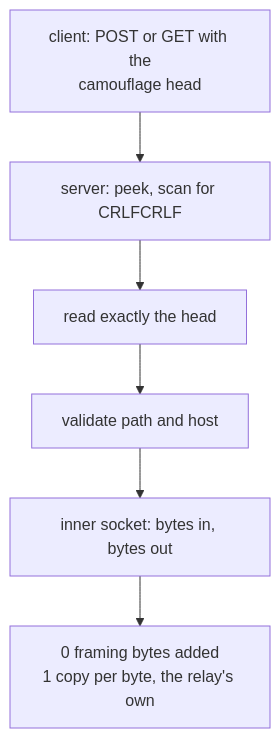
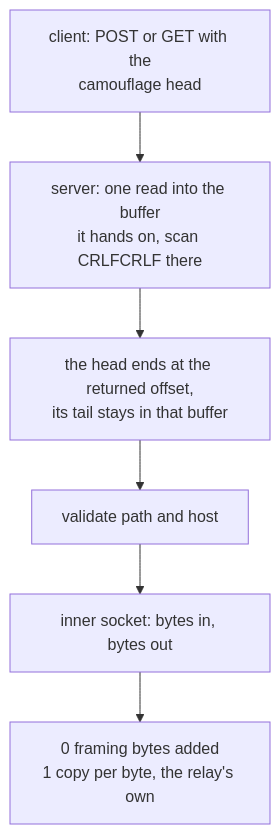
One commit to Ferrocite/ferrox changed the diagram in docs/function/carrier-httpheader.md. Above: the diagram before and after it, drawn with Mermaid. The commit also changed other lines of this file and 7 other files, not shown here.

First line of the commit message:
ws, xhttp, httpheader: take the head's tail with the head

````diff
--- a/docs/function/carrier-httpheader.md
+++ b/docs/function/carrier-httpheader.md
@@ -18,8 +22,8 @@
 ```mermaid
 graph TD
-    C["client: POST or GET with the<br/>camouflage head"] --> S["server: peek, scan for CRLFCRLF"]
-    S --> S2["read exactly the head"]
+    C["client: POST or GET with the<br/>camouflage head"] --> S["server: one read into the buffer<br/>it hands on, scan CRLFCRLF there"]
+    S --> S2["the head ends at the returned offset,<br/>its tail stays in that buffer"]
     S2 --> V["validate path and host"]
     V --> B["inner socket: bytes in, bytes out"]
     B --> Z["0 framing bytes added<br/>1 copy per byte, the relay's own"]
 ```
````
